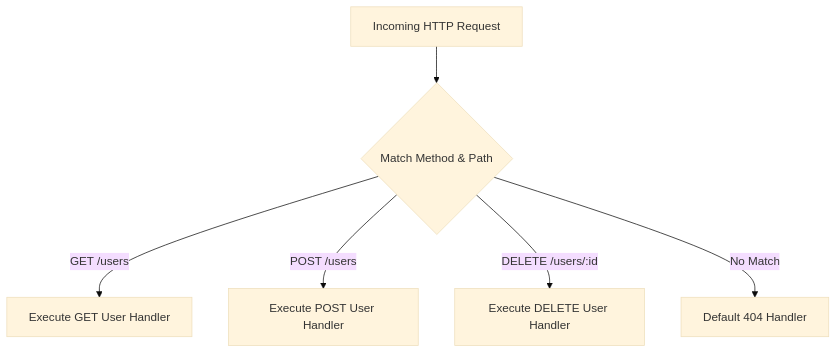
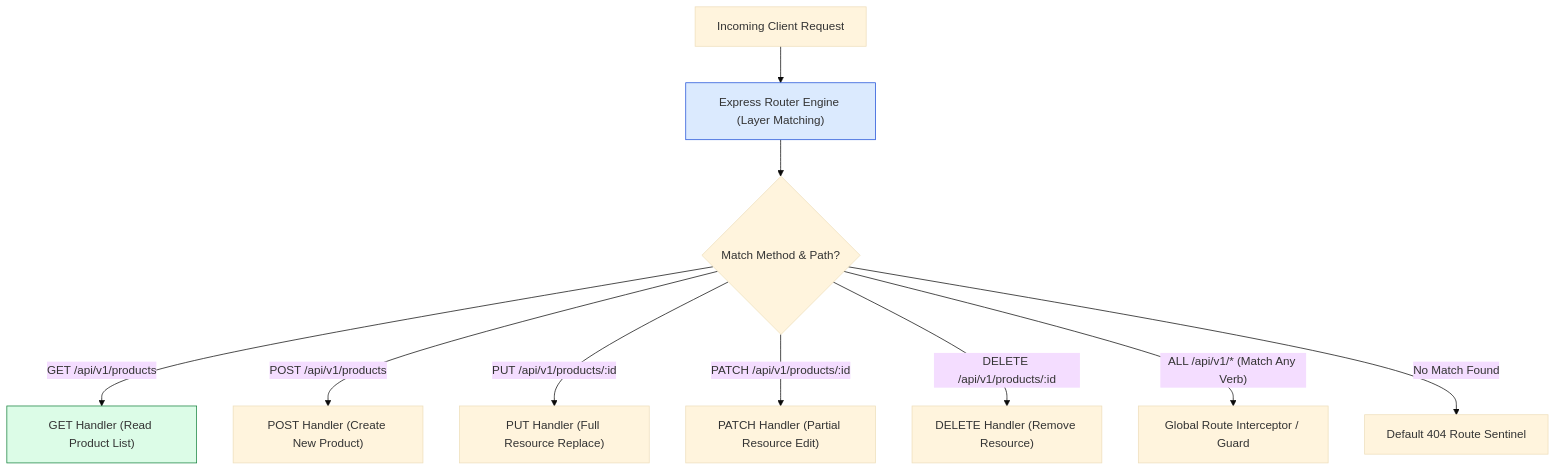
Before and after one commit to Amie-dev/engineering-playbook: the first of 3 diagrams in express-notes/02-routing-basics.md, drawn with Mermaid (base theme). The commit also changed other lines of this file and 26 other files, not shown here.

````diff
--- a/express-notes/02-routing-basics.md
+++ b/express-notes/02-routing-basics.md
@@ -10,8 +13,18 @@
 ```mermaid
 flowchart TD
-    Req[Incoming HTTP Request] --> Router{Match Method & Path}
-    Router -- "GET /users" --> GetHandler[Execute GET User Handler]
-    Router -- "POST /users" --> PostHandler[Execute POST User Handler]
-    Router -- "DELETE /users/:id" --> DeleteHandler[Execute DELETE User Handler]
-    Router -- "No Match" --> 404[Default 404 Handler]
+    ClientReq[Incoming Client Request] --> RouteEngine["Express Router Engine (Layer Matching)"]
+
+    RouteEngine --> MethodCheck{Match Method & Path?}
+    
+    MethodCheck -- "GET /api/v1/products" --> GetController["GET Handler (Read Product List)"]
+    MethodCheck -- "POST /api/v1/products" --> PostController["POST Handler (Create New Product)"]
+    MethodCheck -- "PUT /api/v1/products/:id" --> PutController["PUT Handler (Full Resource Replace)"]
+    MethodCheck -- "PATCH /api/v1/products/:id" --> PatchController["PATCH Handler (Partial Resource Edit)"]
+    MethodCheck -- "DELETE /api/v1/products/:id" --> DeleteController["DELETE Handler (Remove Resource)"]
+
+    MethodCheck -- "ALL /api/v1/* (Match Any Verb)" --> Wildcard["Global Route Interceptor / Guard"]
+    MethodCheck -- "No Match Found" --> Final404["Default 404 Route Sentinel"]
+
+    style RouteEngine fill:#dbeafe,stroke:#1d4ed8
+    style GetController fill:#dcfce7,stroke:#15803d
 ```
````
